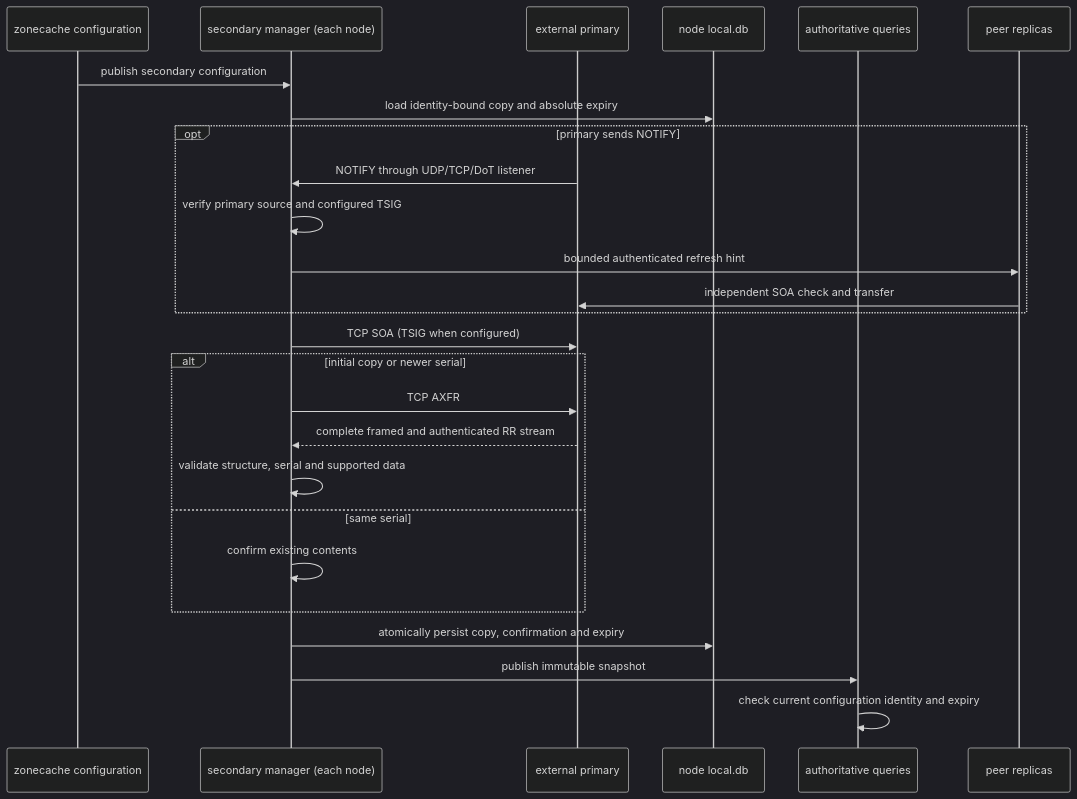
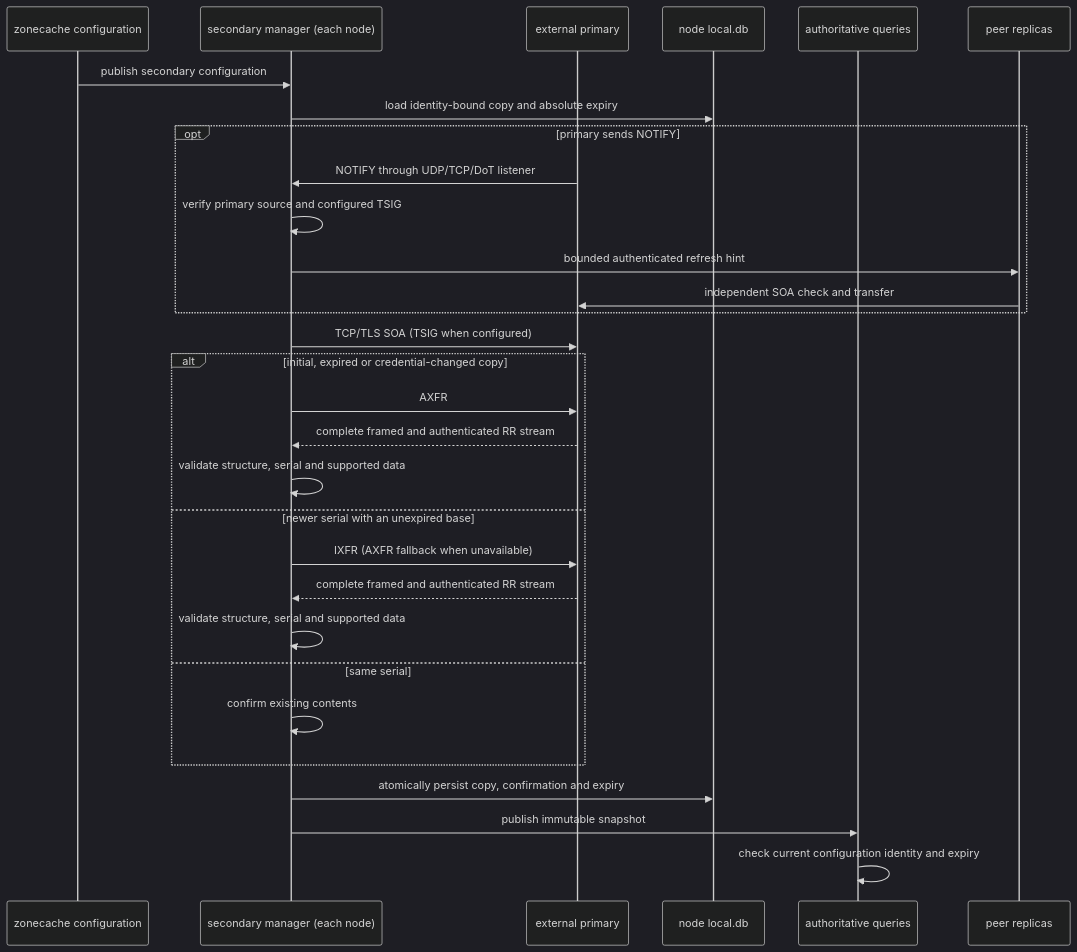
Before and after one commit to robertherbaugh/kudurru: the fourth of 4 diagrams in docs/architecture/zones.md, drawn with Mermaid (dark theme). The commit also changed other lines of this file and 4 other files, not shown here.

````diff
--- a/docs/architecture/zones.md
+++ b/docs/architecture/zones.md
@@ -222,28 +222,32 @@
 ```mermaid
 sequenceDiagram
     participant C as zonecache configuration
     participant R as secondary manager (each node)
     participant P as external primary
     participant D as node local.db
     participant Q as authoritative queries
     participant N as peer replicas
     C->>R: publish secondary configuration
     R->>D: load identity-bound copy and absolute expiry
     opt primary sends NOTIFY
         P->>R: NOTIFY through UDP/TCP/DoT listener
         R->>R: verify primary source and configured TSIG
         R->>N: bounded authenticated refresh hint
         N->>P: independent SOA check and transfer
     end
-    R->>P: TCP SOA (TSIG when configured)
-    alt initial copy or newer serial
-        R->>P: TCP AXFR
+    R->>P: TCP/TLS SOA (TSIG when configured)
+    alt initial, expired or credential-changed copy
+        R->>P: AXFR
+        P-->>R: complete framed and authenticated RR stream
+        R->>R: validate structure, serial and supported data
+    else newer serial with an unexpired base
+        R->>P: IXFR (AXFR fallback when unavailable)
         P-->>R: complete framed and authenticated RR stream
         R->>R: validate structure, serial and supported data
     else same serial
         R->>R: confirm existing contents
     end
     R->>D: atomically persist copy, confirmation and expiry
     R->>Q: publish immutable snapshot
     Q->>Q: check current configuration identity and expiry
 ```
````
